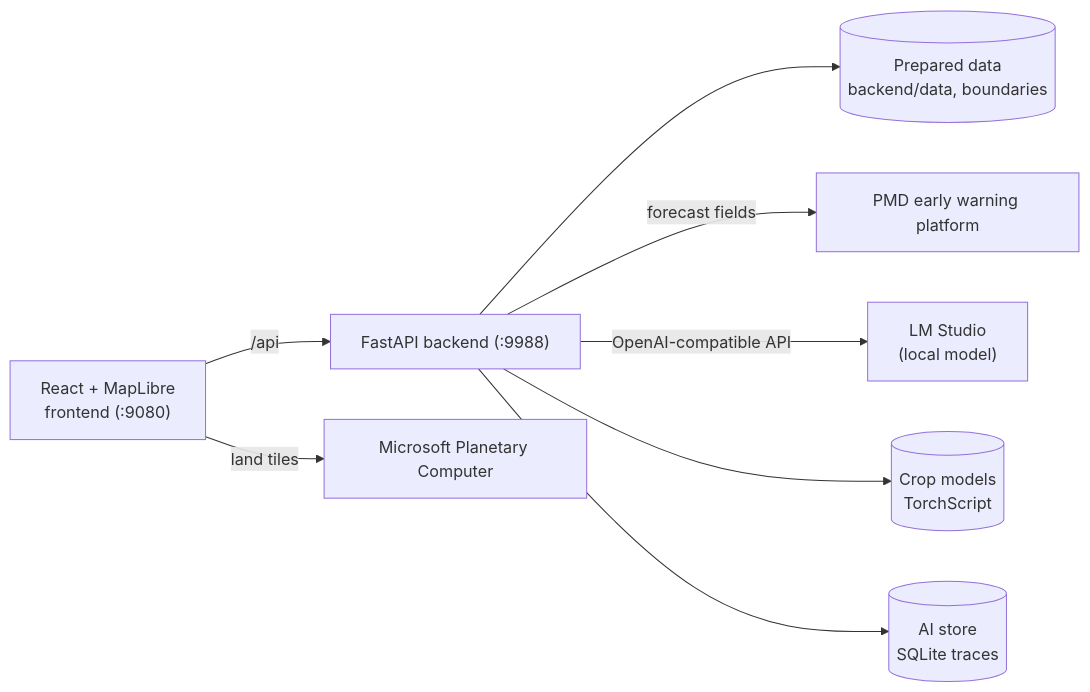
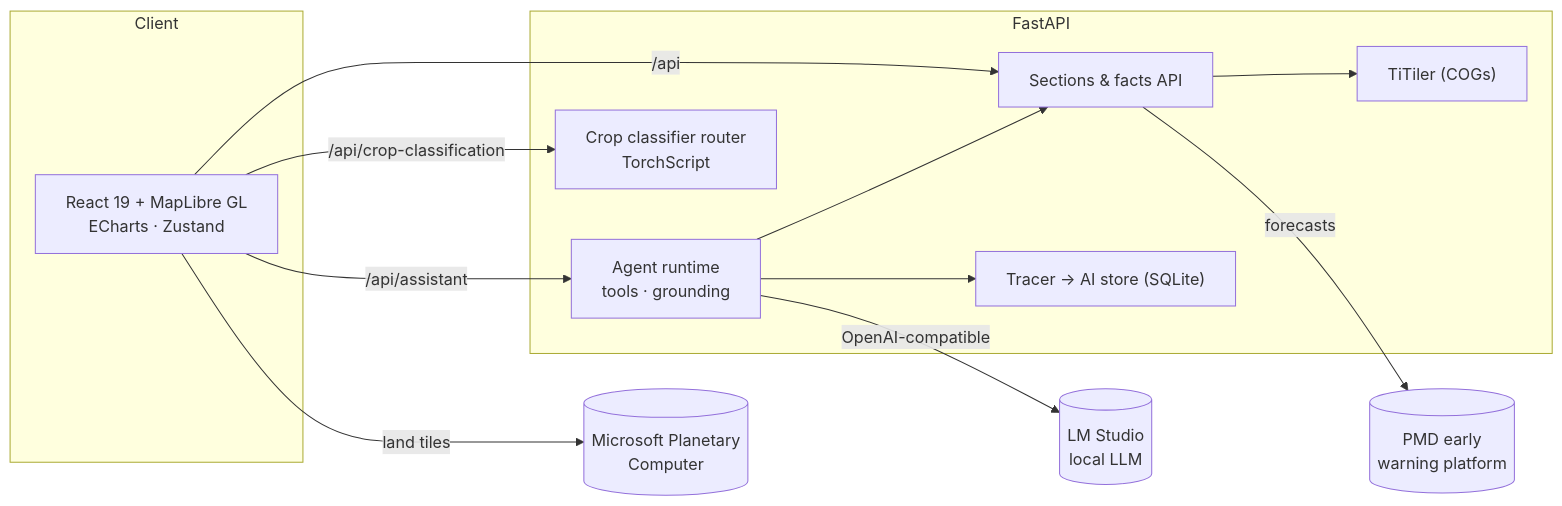
Before and after one commit to imtiazNDMA/climatesmartagri: the diagram in README.md, drawn with Mermaid. The commit also changed other lines of this file and 3 other files, not shown here.

````diff
--- a/README.md
+++ b/README.md
@@ -32,10 +88,22 @@
 ```mermaid
 flowchart LR
-    Browser["React + MapLibre<br/>frontend (:9080)"] -->|/api| API["FastAPI backend (:9988)"]
-    Browser -->|land tiles| MPC["Microsoft Planetary Computer"]
-    API --> Data[("Prepared data<br/>backend/data, boundaries")]
-    API -->|forecast fields| PMD["PMD early warning platform"]
-    API -->|OpenAI-compatible API| LM["LM Studio<br/>(local model)"]
-    API --> Models[("Crop models<br/>TorchScript")]
-    API --> Store[("AI store<br/>SQLite traces")]
+    subgraph Client
+        UI["React 19 + MapLibre GL<br/>ECharts · Zustand"]
+    end
+    subgraph Server["FastAPI"]
+        API["Sections & facts API"]
+        Agent["Agent runtime<br/>tools · grounding"]
+        Crop["Crop classifier router<br/>TorchScript"]
+        Tiles["TiTiler (COGs)"]
+        Trace["Tracer → AI store (SQLite)"]
+    end
+    UI -->|/api| API
+    UI -->|/api/assistant| Agent
+    UI -->|/api/crop-classification| Crop
+    UI -->|land tiles| MPC[("Microsoft Planetary<br/>Computer")]
+    Agent --> API
+    Agent -->|OpenAI-compatible| LLM[("LM Studio<br/>local LLM")]
+    Agent --> Trace
+    API -->|forecasts| PMD[("PMD early<br/>warning platform")]
+    API --> Tiles
 ```
````
